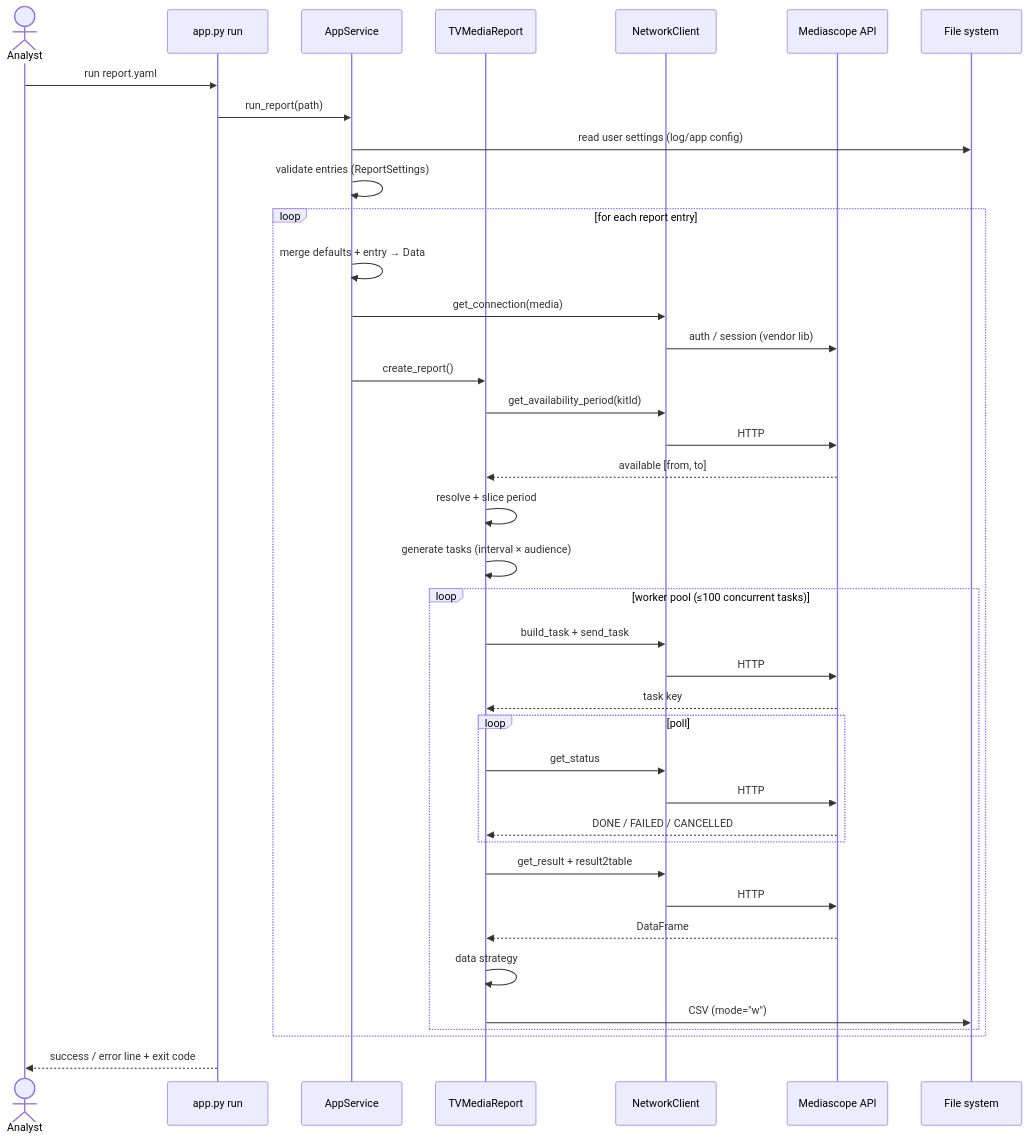
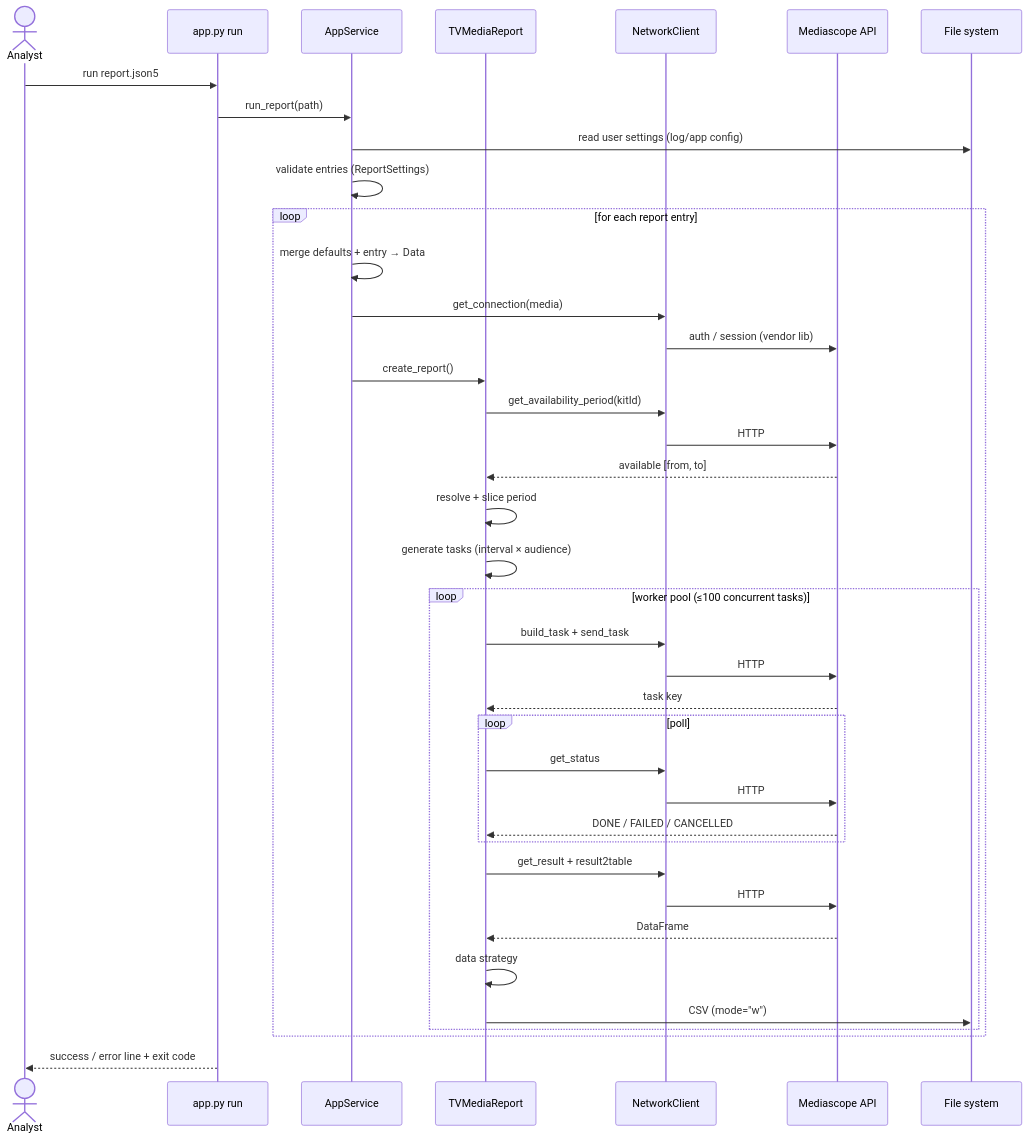
Before and after one commit to manicko/mko_get_mediascope_data: the fourth of 4 diagrams in docs/00-overview/system-architecture.md, drawn with Mermaid. The commit also changed other lines of this file and 8 other files, not shown here.

````diff
--- a/docs/00-overview/system-architecture.md
+++ b/docs/00-overview/system-architecture.md
@@ -140,41 +140,41 @@
 ```mermaid
 sequenceDiagram
     actor U as Analyst
     participant CLI as app.py run
     participant SVC as AppService
     participant REP as TVMediaReport
     participant NET as NetworkClient
     participant API as Mediascope API
     participant FS as File system
-    U->>CLI: run report.yaml
+    U->>CLI: run report.json5
     CLI->>SVC: run_report(path)
     SVC->>FS: read user settings (log/app config)
     SVC->>SVC: validate entries (ReportSettings)
     loop for each report entry
         SVC->>SVC: merge defaults + entry → Data
         SVC->>NET: get_connection(media)
         NET->>API: auth / session (vendor lib)
         SVC->>REP: create_report()
         REP->>NET: get_availability_period(kitId)
         NET->>API: HTTP
         API-->>REP: available [from, to]
         REP->>REP: resolve + slice period
         REP->>REP: generate tasks (interval × audience)
         loop worker pool (≤100 concurrent tasks)
             REP->>NET: build_task + send_task
             NET->>API: HTTP
             API-->>REP: task key
             loop poll
                 REP->>NET: get_status
                 NET->>API: HTTP
                 API-->>REP: DONE / FAILED / CANCELLED
             end
             REP->>NET: get_result + result2table
             NET->>API: HTTP
             API-->>REP: DataFrame
             REP->>REP: data strategy
             REP->>FS: CSV (mode="w")
         end
     end
     CLI-->>U: success / error line + exit code
 ```
````
